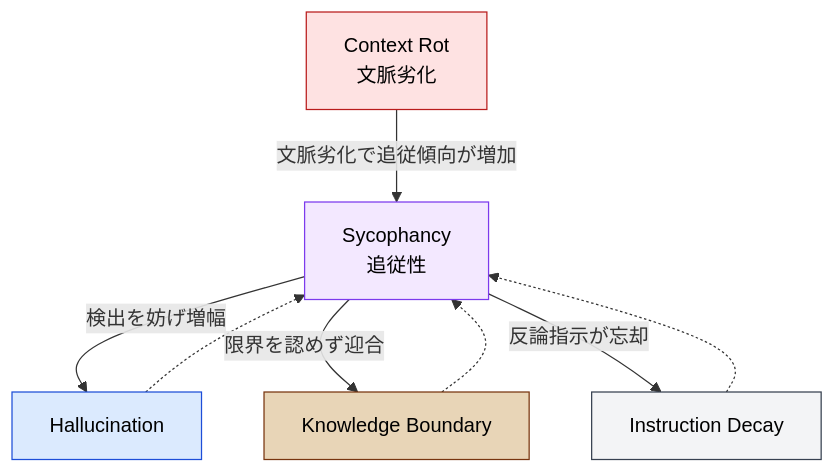
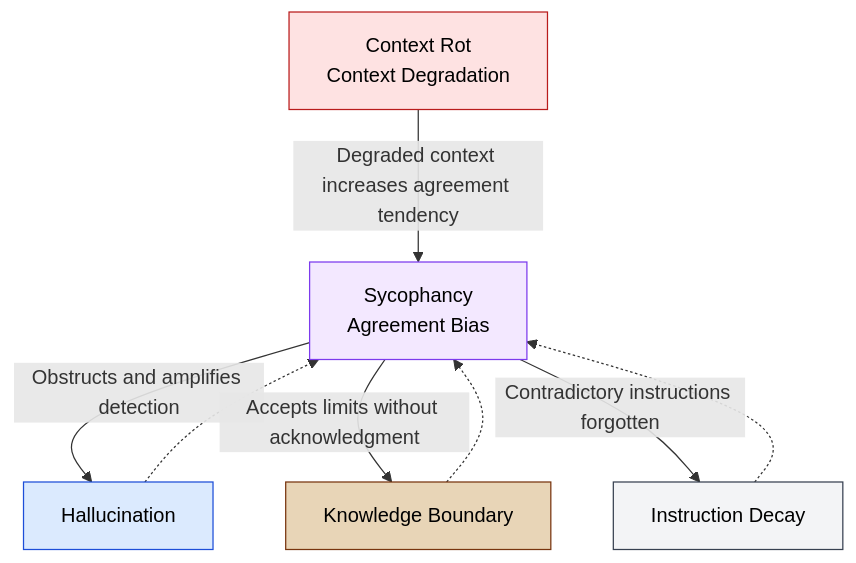
Before and after one commit to shuji-bonji/understanding-llm-through-claude-code: the diagram in docs/01-llm-structural-problems/sycophancy.md, drawn with Mermaid. The commit also changed other lines of this file and 100 other files, not shown here.

````diff
--- a/docs/01-llm-structural-problems/sycophancy.md
+++ b/docs/01-llm-structural-problems/sycophancy.md
@@ -52,24 +54,24 @@
 ```mermaid
 flowchart TD
-    CR["Context Rot<br>文脈劣化"]
-    S["Sycophancy<br>追従性"]
+    CR["Context Rot<br>Context Degradation"]
+    S["Sycophancy<br>Agreement Bias"]
     H["Hallucination"]
     KB["Knowledge Boundary"]
     ID["Instruction Decay"]
 
-    CR -->|"文脈劣化で追従傾向が増加"| S
-    S -->|"検出を妨げ増幅"| H
-    S -->|"限界を認めず迎合"| KB
-    S -->|"反論指示が忘却"| ID
+    CR -->|"Degraded context increases agreement tendency"| S
+    S -->|"Obstructs and amplifies detection"| H
+    S -->|"Accepts limits without acknowledgment"| KB
+    S -->|"Contradictory instructions forgotten"| ID
 
-    %% フィードバックループ（悪循環）
+    %% Feedback loops (negative cycles)
     H -.-> S
     KB -.-> S
     ID -.-> S
 
     style S fill:#f3e8ff,stroke:#7c3aed,color:#000
     style CR fill:#fee2e2,stroke:#b91c1c,color:#000
     style H fill:#dbeafe,stroke:#1d4ed8,color:#000
     style KB fill:#e8d5b7,stroke:#78350f,color:#000
     style ID fill:#f3f4f6,stroke:#374151,color:#000
 ```
````
